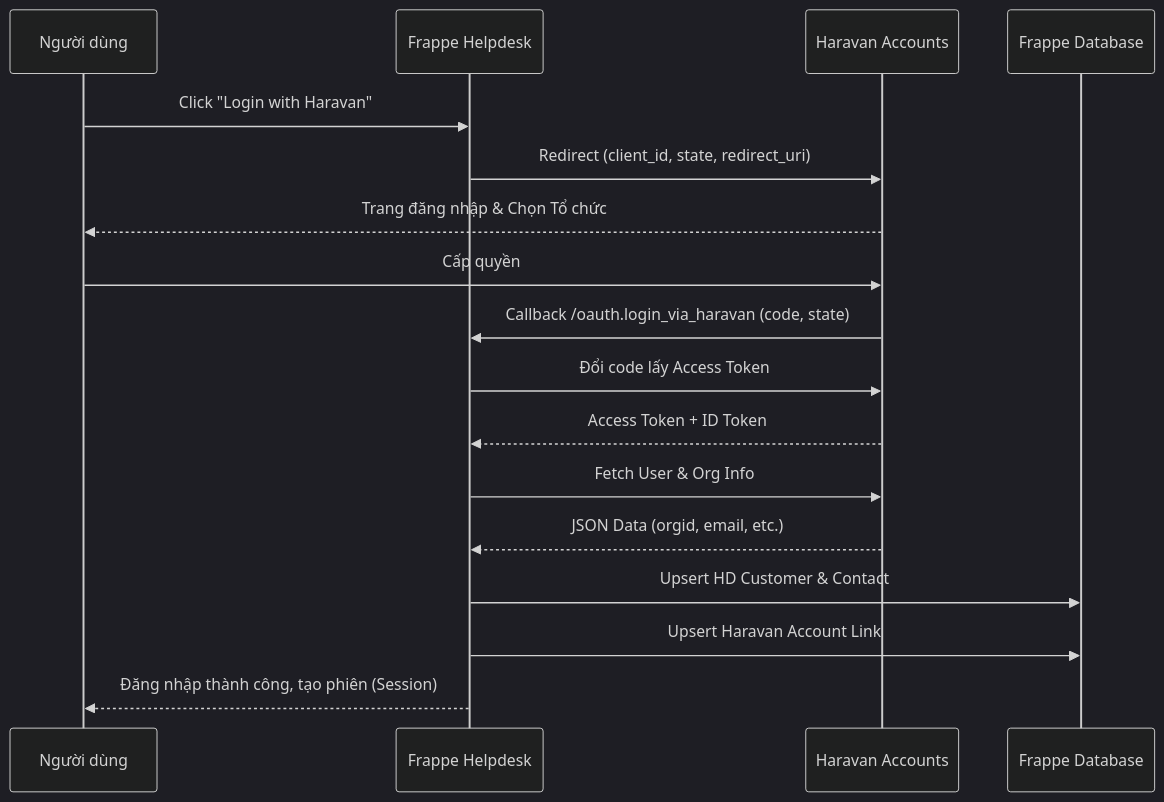
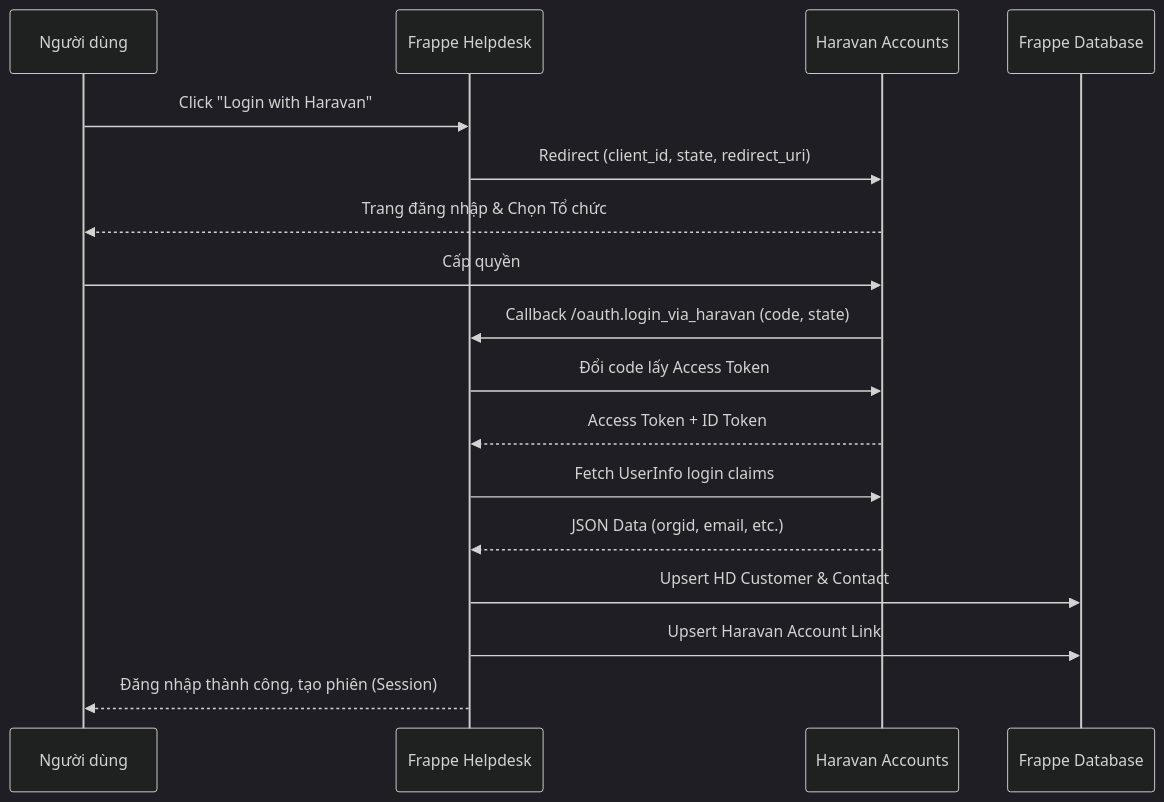
Before and after one commit to tody-agent/login_with_haravan: the diagram in docs/data-flow.md, drawn with Mermaid (dark theme). The commit also changed other lines of this file and 23 other files, not shown here.

````diff
--- a/docs/data-flow.md
+++ b/docs/data-flow.md
@@ -16,20 +16,20 @@
 ```mermaid
 sequenceDiagram
     participant User as Người dùng
     participant Frappe as Frappe Helpdesk
     participant Haravan as Haravan Accounts
     participant DB as Frappe Database
 
     User->>Frappe: Click "Login with Haravan"
     Frappe->>Haravan: Redirect (client_id, state, redirect_uri)
     Haravan-->>User: Trang đăng nhập & Chọn Tổ chức
     User->>Haravan: Cấp quyền
     Haravan->>Frappe: Callback /oauth.login_via_haravan (code, state)
     Frappe->>Haravan: Đổi code lấy Access Token
     Haravan-->>Frappe: Access Token + ID Token
-    Frappe->>Haravan: Fetch User & Org Info
+    Frappe->>Haravan: Fetch UserInfo login claims
     Haravan-->>Frappe: JSON Data (orgid, email, etc.)
     Frappe->>DB: Upsert HD Customer & Contact
     Frappe->>DB: Upsert Haravan Account Link
     Frappe-->>User: Đăng nhập thành công, tạo phiên (Session)
 ```
````
